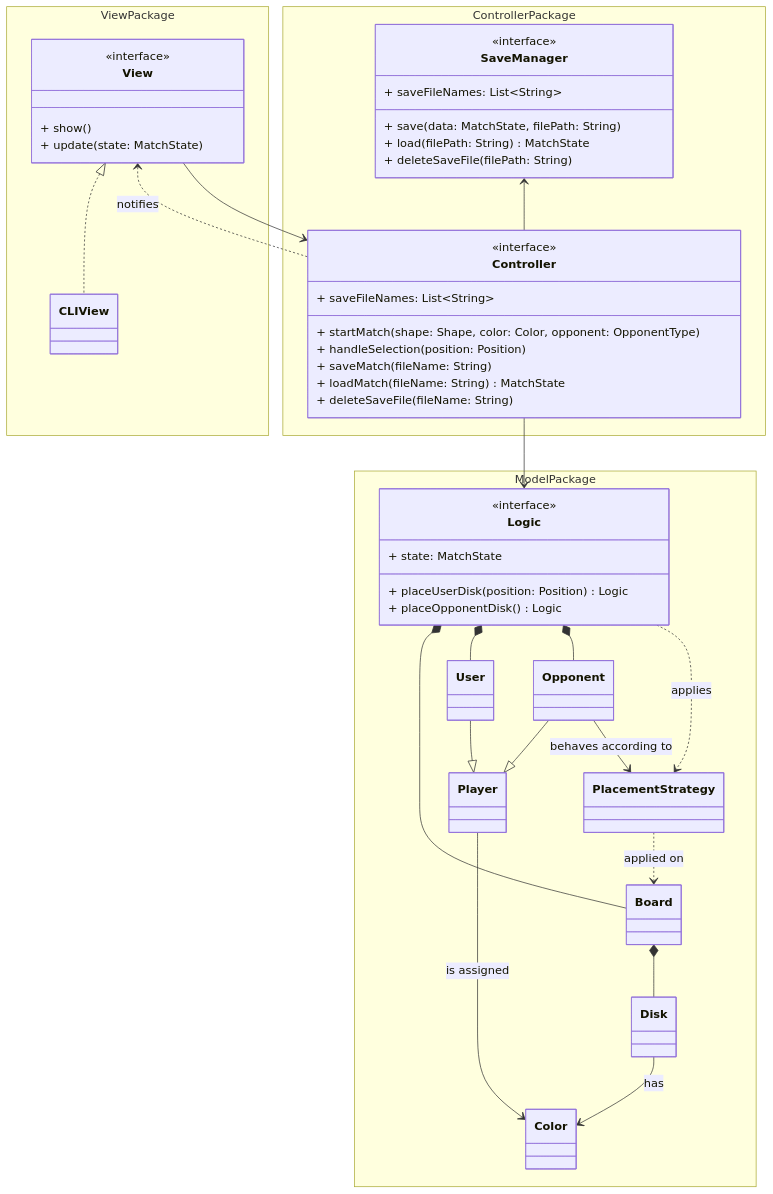
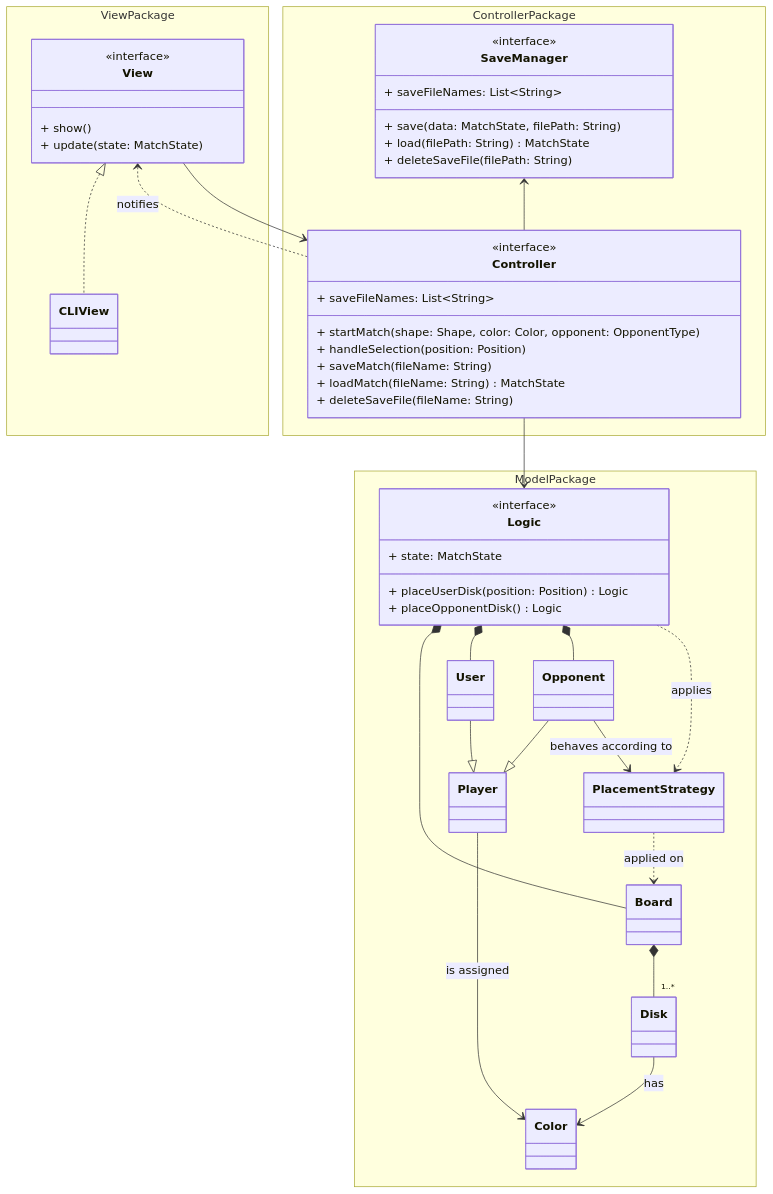
Before and after one commit to Borgotto/PPS-25-scalatello: the second of 2 diagrams in docs/report/3-architectural-design.md, drawn with Mermaid. The commit also changed 6 other files, not shown here.

````diff
--- a/docs/report/3-architectural-design.md
+++ b/docs/report/3-architectural-design.md
@@ -52,64 +52,64 @@
 ```mermaid
 classDiagram
   namespace ViewPackage {
     class View {
       <<interface>>
       + show()
       + update(state: MatchState)
     }
     class CLIView
   }
   namespace ControllerPackage {
     class Controller {
       <<interface>>
       + startMatch(shape: Shape, color: Color, opponent: OpponentType)
       + handleSelection(position: Position)
       + saveMatch(fileName: String)
       + loadMatch(fileName: String) MatchState
       + saveFileNames: List~String~
       + deleteSaveFile(fileName: String)
     }
     class SaveManager {
       <<interface>>
       + save(data: MatchState, filePath: String)
       + load(filePath: String) MatchState
       + saveFileNames: List~String~
       + deleteSaveFile(filePath: String)
     }
   }
   namespace ModelPackage {
     class Logic {
       <<interface>>
       + state: MatchState
       + placeUserDisk(position: Position) Logic
       + placeOpponentDisk() Logic
     }
     class PlacementStrategy
     class Opponent
     class User
     class Board
     class Disk
     class Color
     class Player
   }
 
   Logic ..> PlacementStrategy: applies
   Logic *-- Opponent
   Logic *-- User
   Logic *-- Board
 
   Opponent --> PlacementStrategy : behaves according to
   Opponent --|> Player
   User --|> Player
   Player --> Color: is assigned
   PlacementStrategy ..> Board: applied on
-  Board *-- Disk
+  Board *-- "1..*" Disk
   Disk --> Color: has
 
   View --> Controller
   View <.. Controller : notifies
   Controller --> Logic
   SaveManager <-- Controller
 
   View <|.. CLIView
 ```
````
